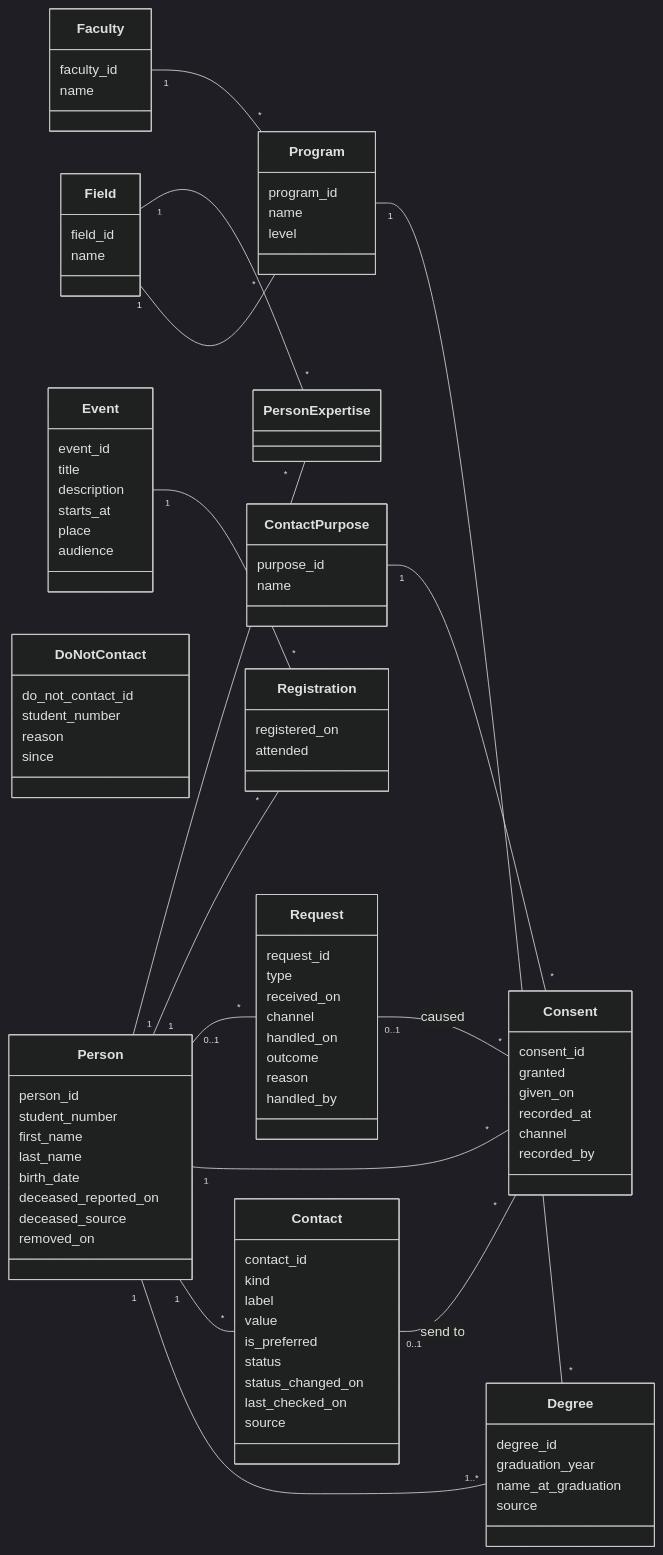
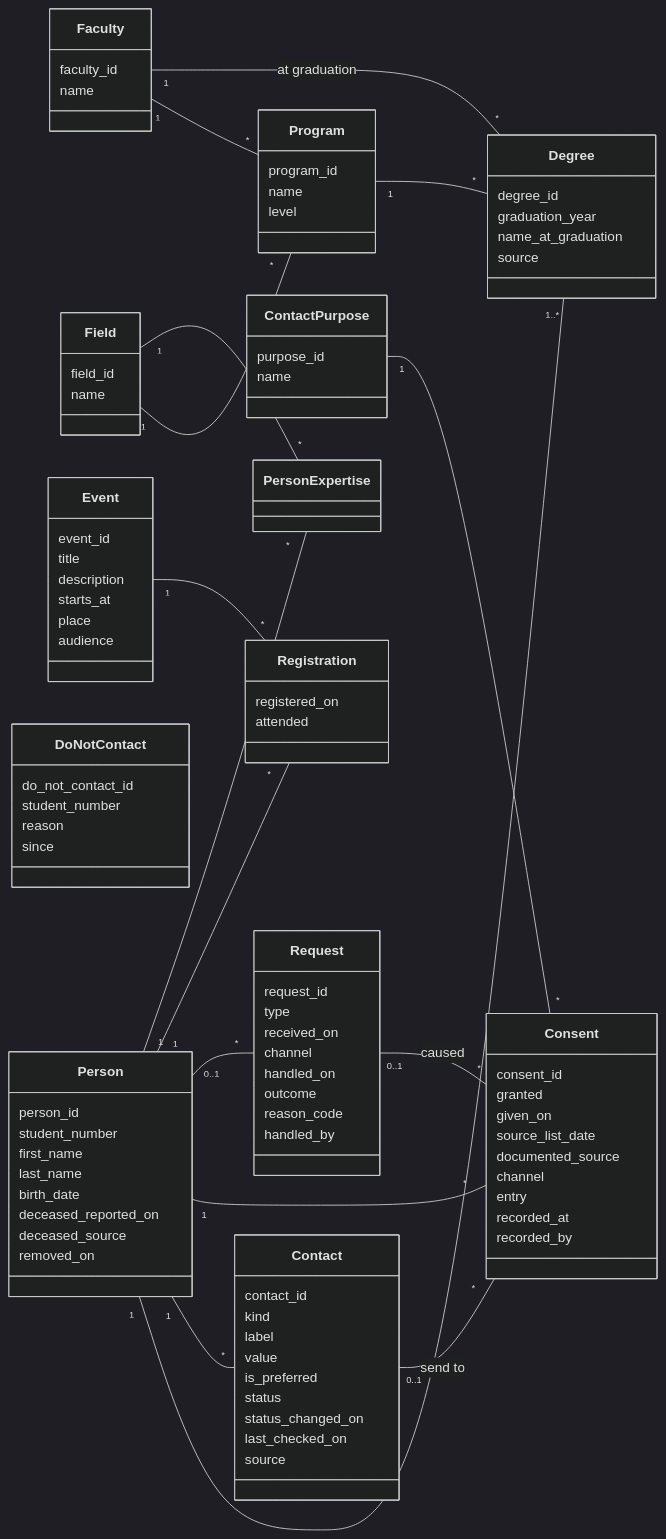
Before and after one commit to chegrane/val-lumiere-alumni: the diagram in docs/model.md, drawn with Mermaid (dark theme). The commit also changed other lines of this file and 4 other files, not shown here.

```diff
--- a/docs/model.md
+++ b/docs/model.md
@@ -69,8 +69,11 @@
     consent_id
     granted
     given_on
+    source_list_date
+    documented_source
+    channel
+    entry
     recorded_at
-    channel
     recorded_by
   }
   class Request {
@@ -80,7 +83,7 @@
     channel
     handled_on
     outcome
-    reason
+    reason_code
     handled_by
   }
   class DoNotContact {
@@ -104,6 +107,7 @@
   class PersonExpertise
 
   Faculty "1" -- "*" Program
+  Faculty "1" -- "*" Degree : at graduation
   Field "1" -- "*" Program
   Program "1" -- "*" Degree
   Person "1" -- "1..*" Degree
```
